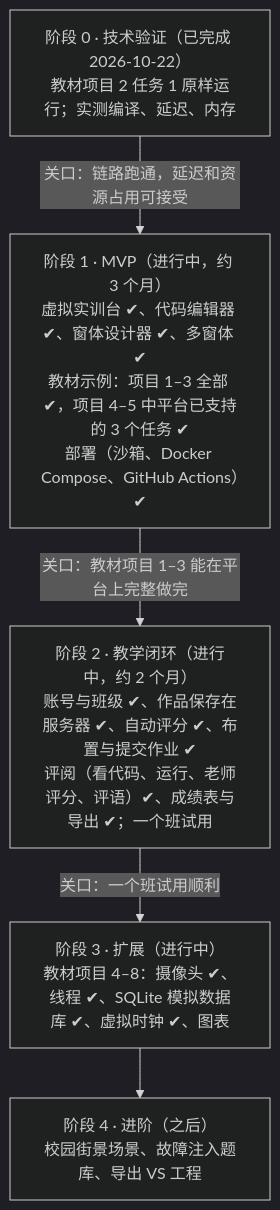
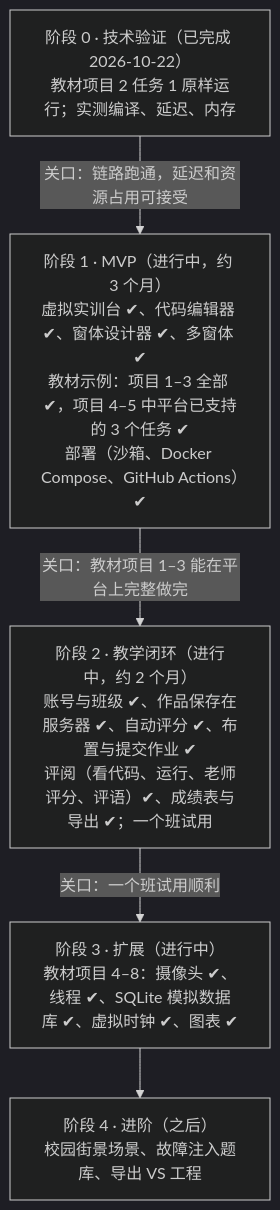
The second of 2 diagrams in docs/设计方案.md (yuetsh/IOT_SIM), drawn with Mermaid (dark theme) before and after one commit. The commit also changed other lines of this file and 108 other files, not shown here.

````diff
--- a/docs/设计方案.md
+++ b/docs/设计方案.md
@@ -235,12 +235,12 @@
 ```mermaid
 flowchart TB
   P0["阶段 0 · 技术验证（已完成 2026-10-22）<br/>教材项目 2 任务 1 原样运行；实测编译、延迟、内存"]
   P1["阶段 1 · MVP（进行中，约 3 个月）<br/>虚拟实训台 ✔、代码编辑器 ✔、窗体设计器 ✔、多窗体 ✔<br/>教材示例：项目 1–3 全部 ✔，项目 4–5 中平台已支持的 3 个任务 ✔<br/>部署（沙箱、Docker Compose、GitHub Actions）✔"]
   P2["阶段 2 · 教学闭环（进行中，约 2 个月）<br/>账号与班级 ✔、作品保存在服务器 ✔、自动评分 ✔、布置与提交作业 ✔<br/>评阅（看代码、运行、老师评分、评语）✔、成绩表与导出 ✔；一个班试用"]
-  P3["阶段 3 · 扩展（进行中）<br/>教材项目 4–8：摄像头 ✔、线程 ✔、SQLite 模拟数据库 ✔、虚拟时钟 ✔、图表"]
+  P3["阶段 3 · 扩展（进行中）<br/>教材项目 4–8：摄像头 ✔、线程 ✔、SQLite 模拟数据库 ✔、虚拟时钟 ✔、图表 ✔"]
   P4["阶段 4 · 进阶（之后）<br/>校园街景场景、故障注入题库、导出 VS 工程"]
   P0 -->|"关口：链路跑通，延迟和资源占用可接受"| P1
   P1 -->|"关口：教材项目 1–3 能在平台上完整做完"| P2
   P2 -->|"关口：一个班试用顺利"| P3
   P3 --> P4
 ```
````
